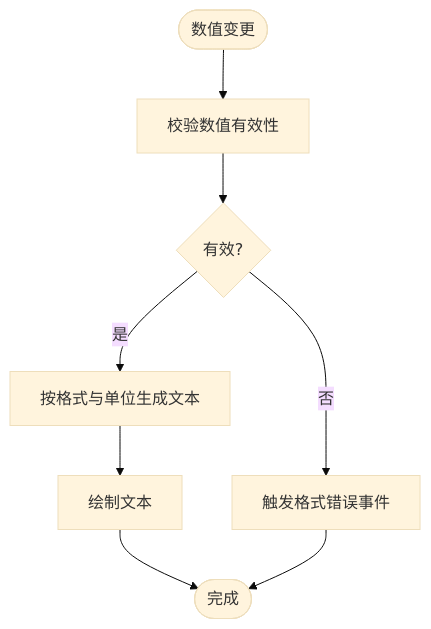
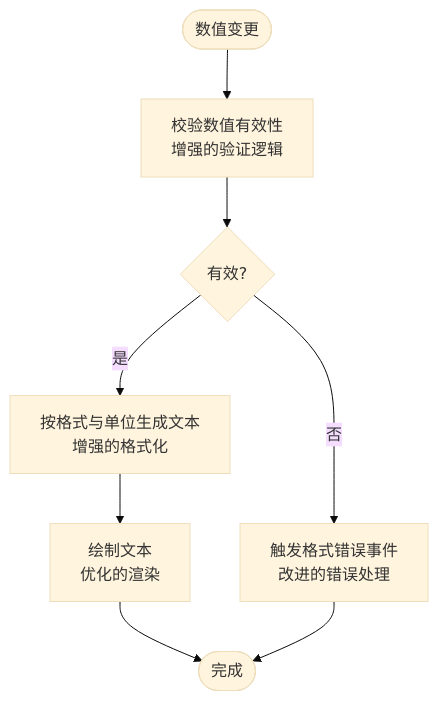
Before and after one commit to fuweiq94-cloud/3399180760: the fourth of 9 diagrams in .qoder/repowiki/zh/content/API参考文档/控件库API.md, drawn with Mermaid (base theme). The commit also changed other lines of this file and 22 other files, not shown here.

````diff
--- a/.qoder/repowiki/zh/content/API参考文档/控件库API.md
+++ b/.qoder/repowiki/zh/content/API参考文档/控件库API.md
@@ -249,10 +284,10 @@
 ```mermaid
 flowchart TD
-Start(["数值变更"]) --> Validate["校验数值有效性"]
+Start(["数值变更"]) --> Validate["校验数值有效性<br/>增强的验证逻辑"]
 Validate --> Valid{"有效?"}
-Valid --> |否| Error["触发格式错误事件"]
-Valid --> |是| Format["按格式与单位生成文本"]
-Format --> Render["绘制文本"]
+Valid --> |否| Error["触发格式错误事件<br/>改进的错误处理"]
+Valid --> |是| Format["按格式与单位生成文本<br/>增强的格式化"]
+Format --> Render["绘制文本<br/>优化的渲染"]
 Render --> End(["完成"])
 Error --> End
 ```
````
